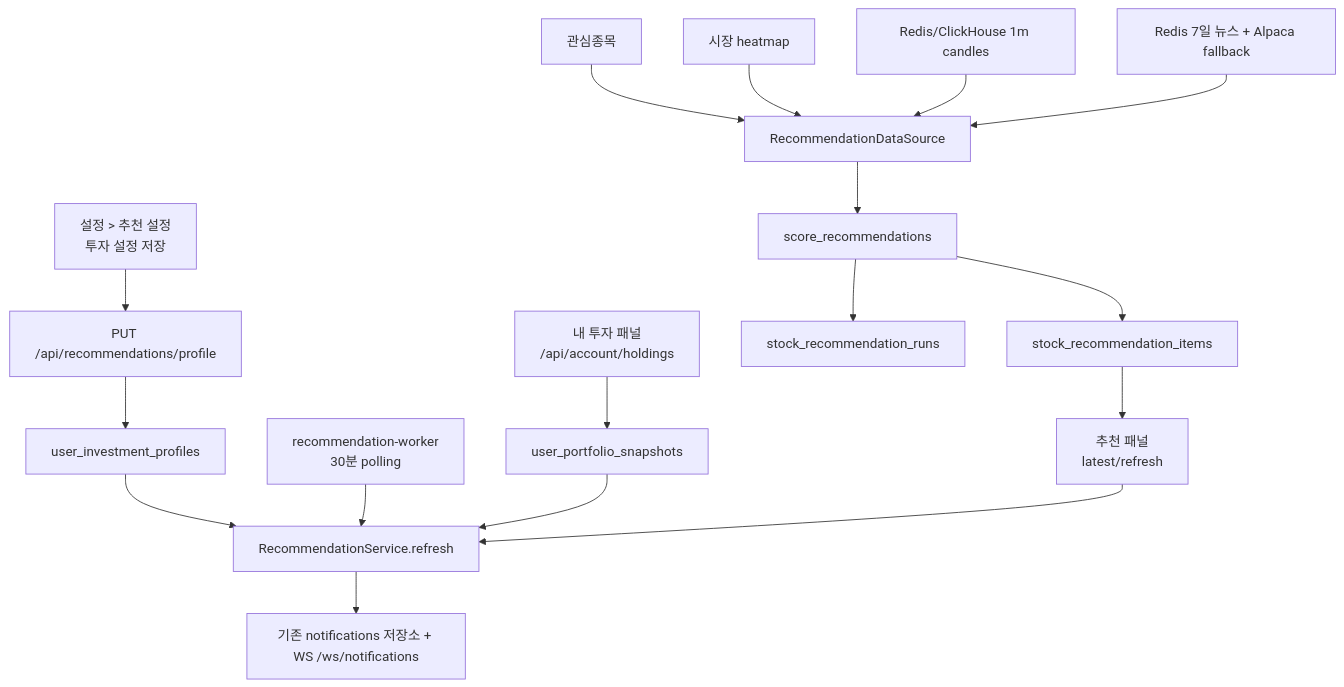
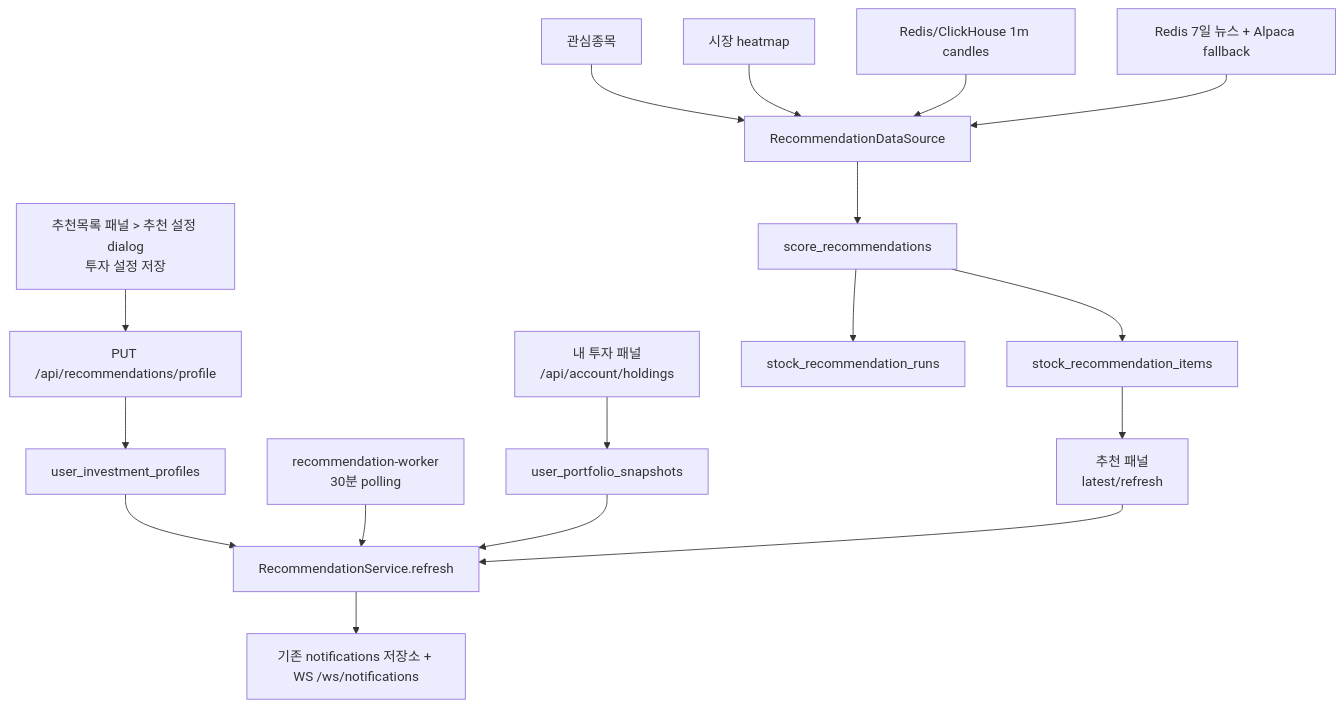
One commit to seunglee10/GOPS-BE changed the diagram in docs/STOCK_RECOMMENDATION_PANEL.md. Above: the diagram before and after it, drawn with Mermaid. The commit also changed other lines of this file and 2 other files, not shown here.

````diff
--- a/docs/STOCK_RECOMMENDATION_PANEL.md
+++ b/docs/STOCK_RECOMMENDATION_PANEL.md
@@ -44,19 +47,19 @@
 ```mermaid
 flowchart TD
-  Profile["설정 > 추천 설정<br/>투자 설정 저장"] --> ProfileAPI["PUT /api/recommendations/profile"]
+  Profile["추천목록 패널 > 추천 설정 dialog<br/>투자 설정 저장"] --> ProfileAPI["PUT /api/recommendations/profile"]
   Holdings["내 투자 패널<br/>/api/account/holdings"] --> Snapshot["user_portfolio_snapshots"]
   Worker["recommendation-worker<br/>30분 polling"] --> Service["RecommendationService.refresh"]
   Panel["추천 패널<br/>latest/refresh"] --> Service
   ProfileAPI --> Profiles["user_investment_profiles"]
   Profiles --> Service
   Snapshot --> Service
   Watchlist["관심종목"] --> DataSource["RecommendationDataSource"]
   Heatmap["시장 heatmap"] --> DataSource
   Candles["Redis/ClickHouse 1m candles"] --> DataSource
   News["Redis 7일 뉴스 + Alpaca fallback"] --> DataSource
   DataSource --> Scoring["score_recommendations"]
   Scoring --> Runs["stock_recommendation_runs"]
   Scoring --> Items["stock_recommendation_items"]
   Service --> Notify["기존 notifications 저장소 + WS /ws/notifications"]
   Items --> Panel
 ```
````
